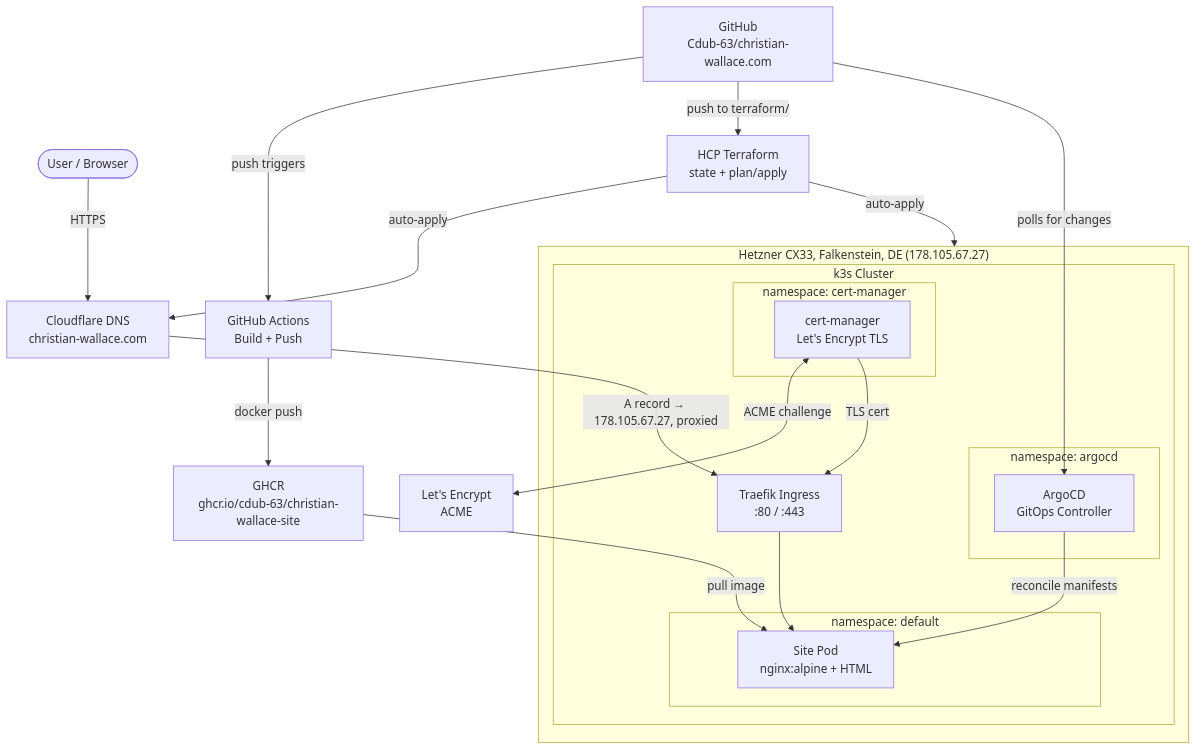
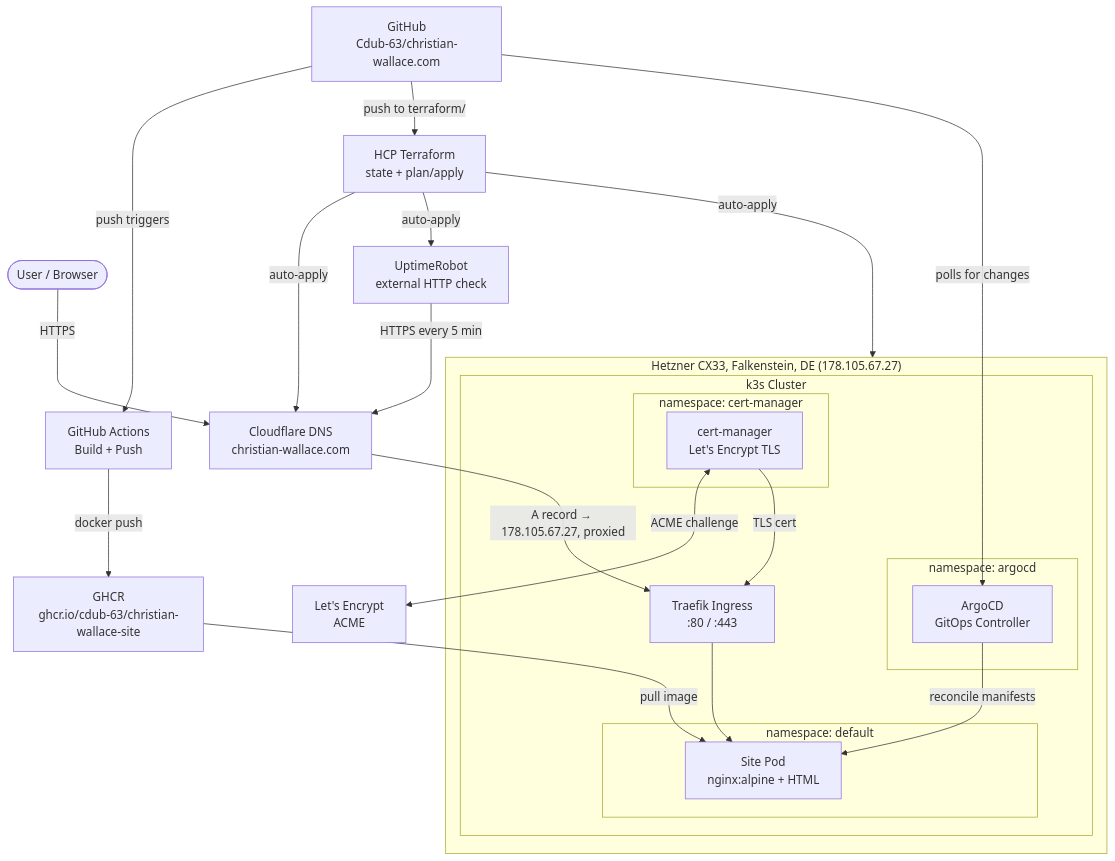
One commit to Cdub-63/christian-wallace.com changed the diagram in README.md. Above: the diagram before and after it, drawn with Mermaid. The commit also changed other lines of this file and 3 other files, not shown here.

Commit message:
Document UptimeRobot monitor managed in Terraform

````diff
--- a/README.md
+++ b/README.md
@@ -10,43 +10,46 @@
 ```mermaid
 graph TB
     User([User / Browser])
     CF[Cloudflare DNS<br/>christian-wallace.com]
     GH[GitHub<br/>Cdub-63/christian-wallace.com]
     Actions[GitHub Actions<br/>Build + Push]
     GHCR[GHCR<br/>ghcr.io/cdub-63/christian-wallace-site]
     HCP[HCP Terraform<br/>state + plan/apply]
+    UR[UptimeRobot<br/>external HTTP check]
 
     subgraph Hetzner ["Hetzner CX33, Falkenstein, DE (178.105.67.27)"]
         subgraph k3s ["k3s Cluster"]
             Traefik[Traefik Ingress<br/>:80 / :443]
 
             subgraph argocd-ns ["namespace: argocd"]
                 ArgoCD[ArgoCD<br/>GitOps Controller]
             end
 
             subgraph cert-ns ["namespace: cert-manager"]
                 CertManager[cert-manager<br/>Let's Encrypt TLS]
             end
 
             subgraph site-ns ["namespace: default"]
                 Site[Site Pod<br/>nginx:alpine + HTML]
             end
         end
     end
 
     LE[Let's Encrypt<br/>ACME]
 
     User -->|HTTPS| CF
     CF -->|A record → 178.105.67.27, proxied| Traefik
     Traefik --> Site
     GH -->|push triggers| Actions
     GH -->|push to terraform/| HCP
     HCP -->|auto-apply| Hetzner
     HCP -->|auto-apply| CF
+    HCP -->|auto-apply| UR
+    UR -->|HTTPS every 5 min| CF
     Actions -->|docker push| GHCR
     GH -->|polls for changes| ArgoCD
     ArgoCD -->|reconcile manifests| Site
     GHCR -->|pull image| Site
     CertManager <-->|ACME challenge| LE
     CertManager -->|TLS cert| Traefik
 ```
````
